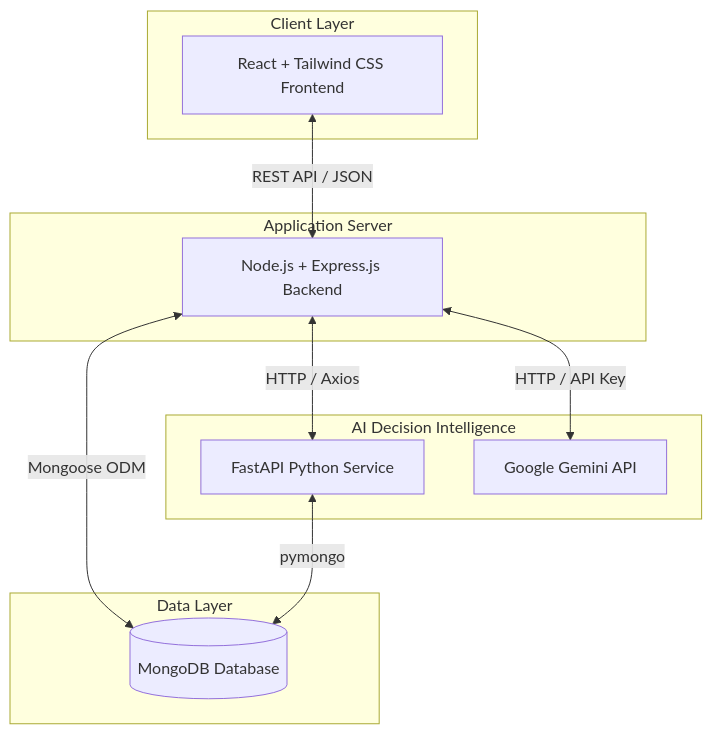
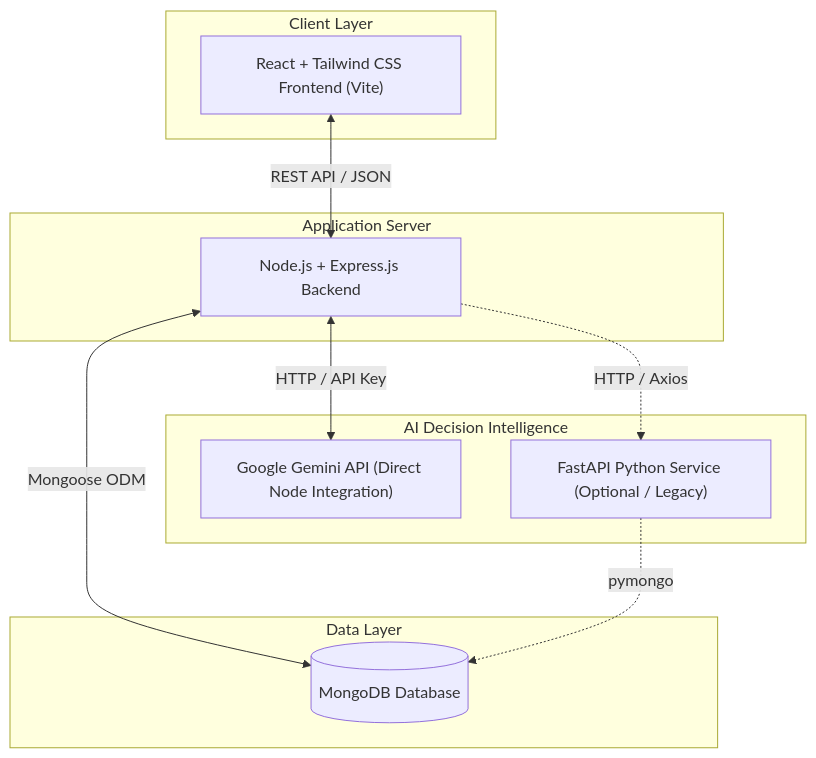
The diagram in README.md (SarafatAlamIrfan/SIBIS), drawn with Mermaid before and after one commit. The commit also changed other lines of this file and 2 other files, not shown here.

Commit message:
docs/refactor: update README.md and migrate demand forecasting to direct Gemini integration

````diff
--- a/README.md
+++ b/README.md
@@ -31,22 +32,22 @@
 ```mermaid
 graph TD
     subgraph Client Layer
-        FE["React + Tailwind CSS Frontend"]
+        FE["React + Tailwind CSS Frontend (Vite)"]
     end
     subgraph Application Server
         BE["Node.js + Express.js Backend"]
     end
     subgraph Data Layer
         DB[("MongoDB Database")]
     end
     subgraph AI Decision Intelligence
-        FastAPI["FastAPI Python Service"]
-        Gemini["Google Gemini API"]
+        Gemini["Google Gemini API (Direct Node Integration)"]
+        FastAPI["FastAPI Python Service (Optional / Legacy)"]
     end
     
     FE <-->|REST API / JSON| BE
     BE <-->|Mongoose ODM| DB
-    BE <-->|HTTP / Axios| FastAPI
     BE <-->|HTTP / API Key| Gemini
-    FastAPI <-->|pymongo| DB
+    BE -.->|HTTP / Axios| FastAPI
+    FastAPI -.->|pymongo| DB
 ```
````
